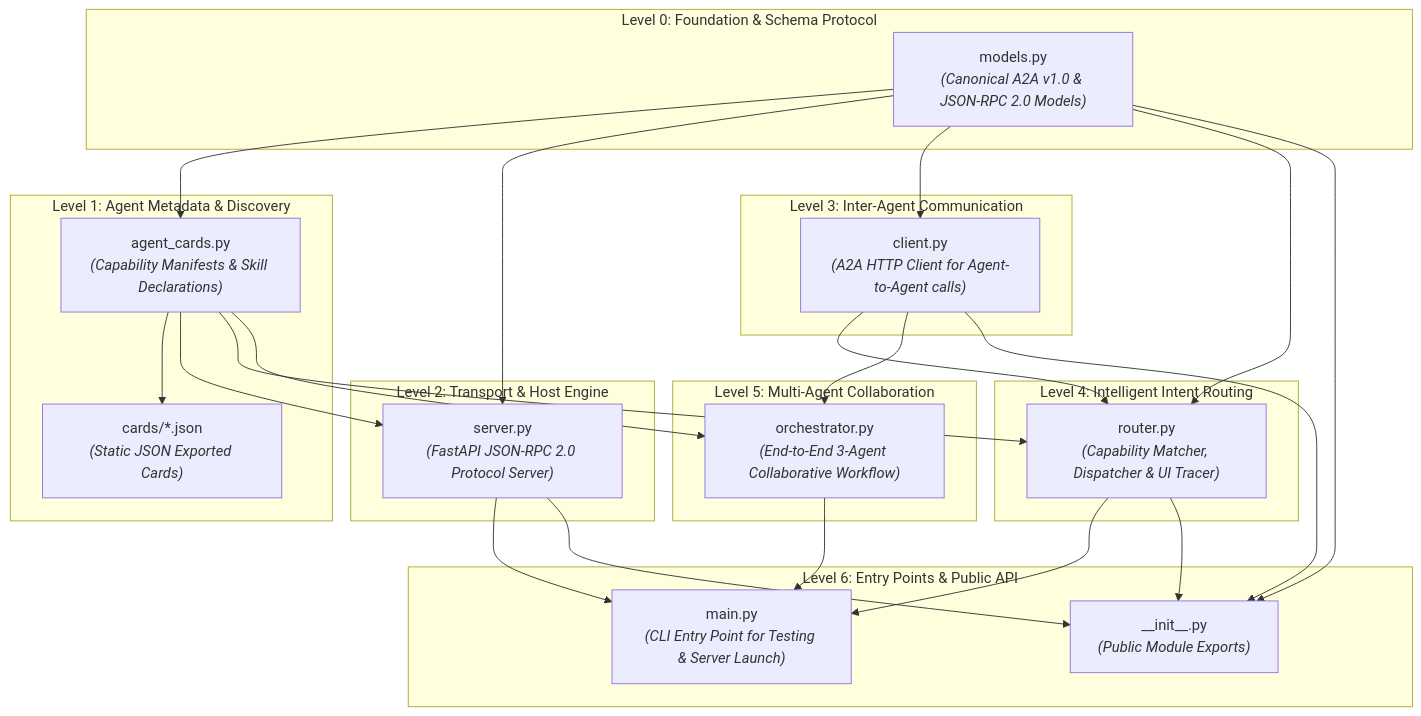
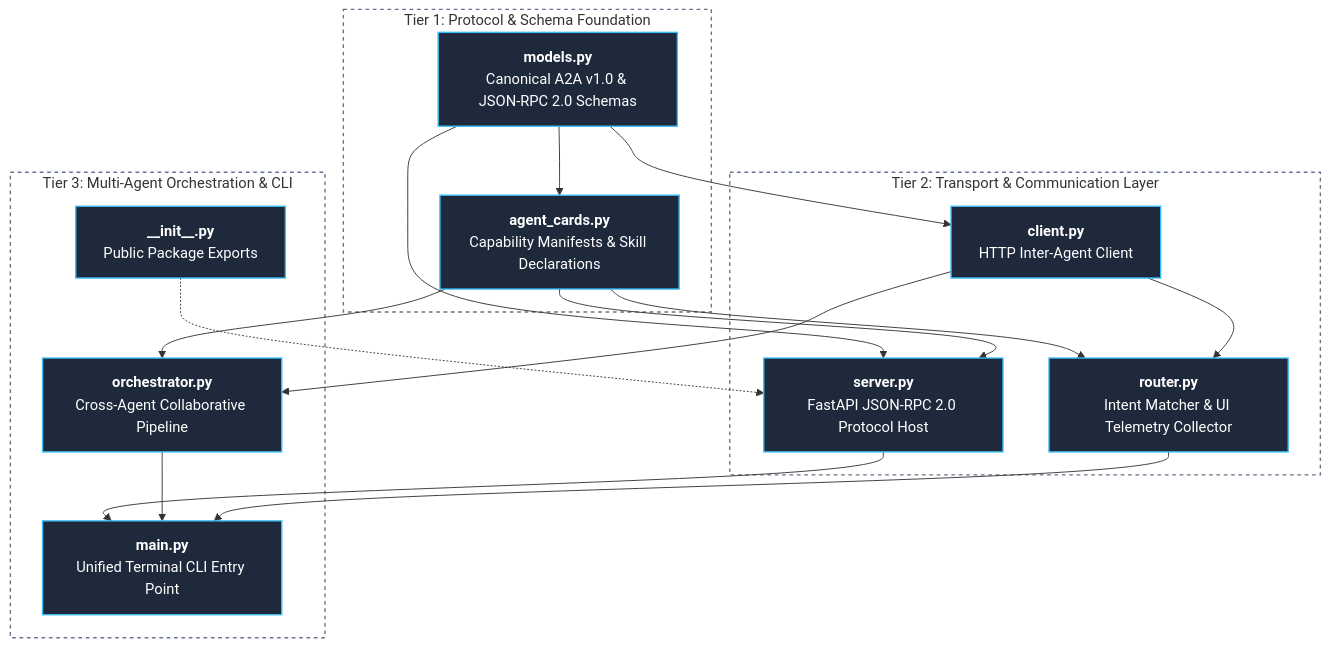
One commit to SachinMishra-ux/A2A_google changed the first of 3 diagrams in A2A_flow.md. Above: the diagram before and after it, drawn with Mermaid. The commit also changed other lines of this file, not shown here.

Commit message:
fix(docs): optimize Mermaid diagrams for universal Dark and Light theme readability

````diff
--- a/A2A_flow.md
+++ b/A2A_flow.md
@@ -11,51 +11,41 @@
 ```mermaid
 flowchart TD
-    subgraph Level_0["Level 0: Foundation & Schema Protocol"]
-        M["models.py<br/><i>(Canonical A2A v1.0 & JSON-RPC 2.0 Models)</i>"]
+    %% Tiers with transparent backgrounds for 100% Dark and Light theme compatibility
+    subgraph Tier1 ["Tier 1: Protocol & Schema Foundation"]
+        M["<b>models.py</b><br/>Canonical A2A v1.0 & JSON-RPC 2.0 Schemas"]
+        AC["<b>agent_cards.py</b><br/>Capability Manifests & Skill Declarations"]
     end
 
-    subgraph Level_1["Level 1: Agent Metadata & Discovery"]
-        AC["agent_cards.py<br/><i>(Capability Manifests & Skill Declarations)</i>"]
-        CARDS["cards/*.json<br/><i>(Static JSON Exported Cards)</i>"]
+    subgraph Tier2 ["Tier 2: Transport & Communication Layer"]
+        SRV["<b>server.py</b><br/>FastAPI JSON-RPC 2.0 Protocol Host"]
+        CLI["<b>client.py</b><br/>HTTP Inter-Agent Client"]
+        RTR["<b>router.py</b><br/>Intent Matcher & UI Telemetry Collector"]
     end
 
-    subgraph Level_2["Level 2: Transport & Host Engine"]
-        SRV["server.py<br/><i>(FastAPI JSON-RPC 2.0 Protocol Server)</i>"]
+    subgraph Tier3 ["Tier 3: Multi-Agent Orchestration & CLI"]
+        ORCH["<b>orchestrator.py</b><br/>Cross-Agent Collaborative Pipeline"]
+        MAIN["<b>main.py</b><br/>Unified Terminal CLI Entry Point"]
+        INIT["<b>__init__.py</b><br/>Public Package Exports"]
     end
 
-    subgraph Level_3["Level 3: Inter-Agent Communication"]
-        CLI["client.py<br/><i>(A2A HTTP Client for Agent-to-Agent calls)</i>"]
-    end
-
-    subgraph Level_4["Level 4: Intelligent Intent Routing"]
-        RTR["router.py<br/><i>(Capability Matcher, Dispatcher & UI Tracer)</i>"]
-    end
-
-    subgraph Level_5["Level 5: Multi-Agent Collaboration"]
-        ORCH["orchestrator.py<br/><i>(End-to-End 3-Agent Collaborative Workflow)</i>"]
-    end
-
-    subgraph Level_6["Level 6: Entry Points & Public API"]
-        MAIN["main.py<br/><i>(CLI Entry Point for Testing & Server Launch)</i>"]
-        INIT["__init__.py<br/><i>(Public Module Exports)</i>"]
-    end
-
-    %% Dependencies
+    %% Clean hierarchy connections
     M --> AC
-    AC --> CARDS
     M --> SRV
+    M --> CLI
     AC --> SRV
-    M --> CLI
     AC --> RTR
     CLI --> RTR
-    M --> RTR
     CLI --> ORCH
     AC --> ORCH
     SRV --> MAIN
     ORCH --> MAIN
     RTR --> MAIN
-    M --> INIT
-    CLI --> INIT
-    SRV --> INIT
-    RTR --> INIT
+    INIT -.-> SRV
+
+    %% Universal High-Contrast Theme Styling (Works in both Dark and Light modes)
+    style Tier1 fill:none,stroke:#64748b,stroke-width:1.5px,stroke-dasharray: 4 4
+    style Tier2 fill:none,stroke:#64748b,stroke-width:1.5px,stroke-dasharray: 4 4
+    style Tier3 fill:none,stroke:#64748b,stroke-width:1.5px,stroke-dasharray: 4 4
+
+    classDef default fill:#1e293b,stroke:#38bdf8,stroke-width:1.5px,color:#ffffff;
 ```
````
